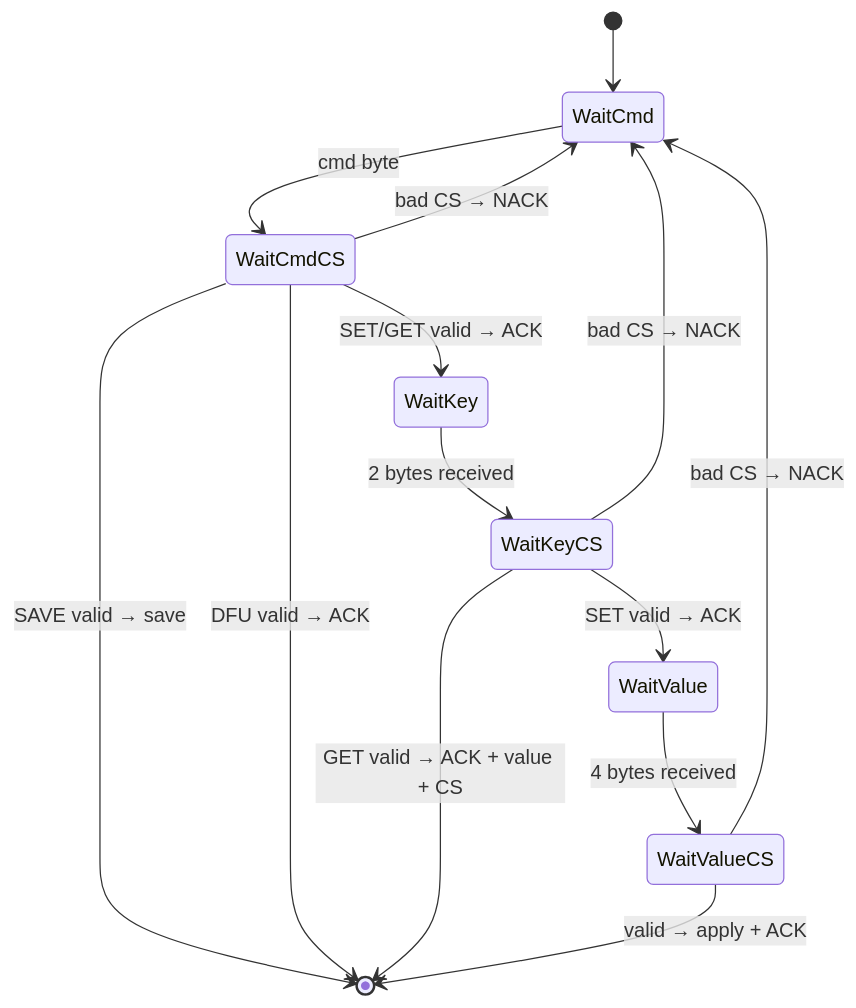
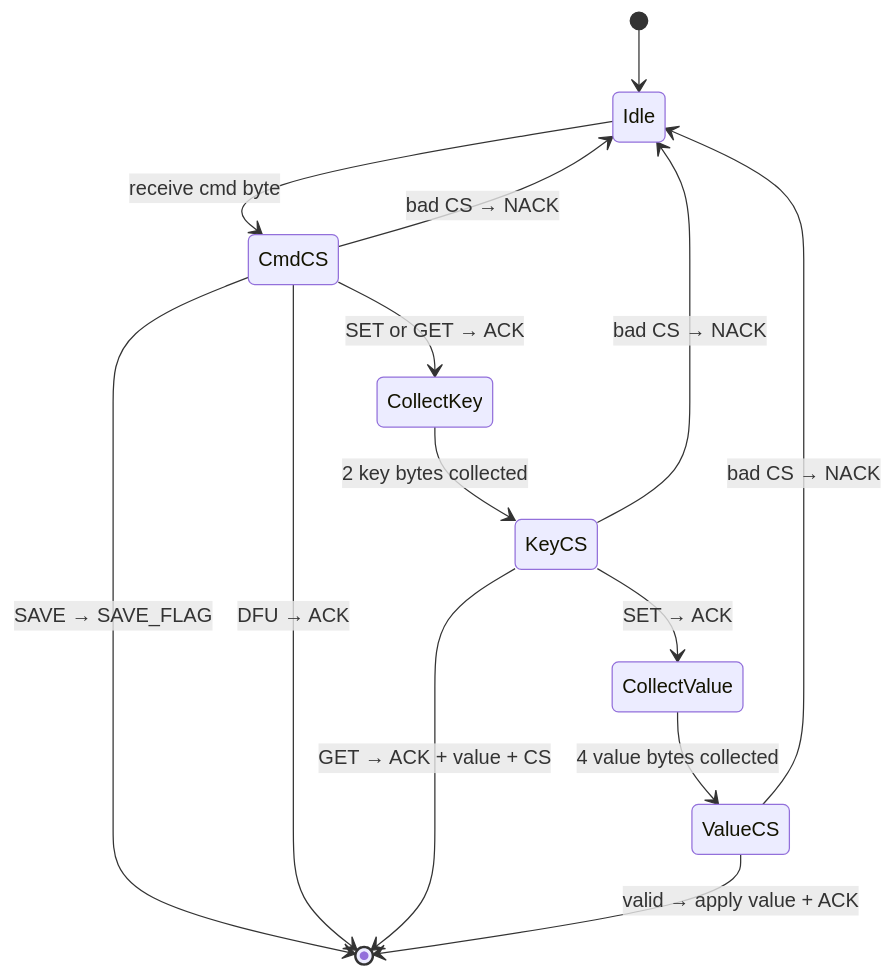
One commit to FADAMIS/Fade changed the diagram in docs/FSP.md. Above: the diagram before and after it, drawn with Mermaid. The commit also changed other lines of this file, not shown here.

````diff
--- a/docs/FSP.md
+++ b/docs/FSP.md
@@ -78,19 +141,22 @@
 ```mermaid
 stateDiagram-v2
-    [*] --> WaitCmd
+    [*] --> Idle
 
-    WaitCmd --> WaitCmdCS: cmd byte
-    WaitCmdCS --> WaitCmd: bad CS → NACK
-    WaitCmdCS --> WaitKey: SET/GET valid → ACK
-    WaitCmdCS --> [*]: SAVE valid → save
-    WaitCmdCS --> [*]: DFU valid → ACK
+    Idle --> CmdCS: receive cmd byte
 
-    WaitKey --> WaitKeyCS: 2 bytes received
-    WaitKeyCS --> WaitCmd: bad CS → NACK
-    WaitKeyCS --> WaitValue: SET valid → ACK
-    WaitKeyCS --> [*]: GET valid → ACK + value + CS
+    CmdCS --> Idle: bad CS → NACK
+    CmdCS --> CollectKey: SET or GET → ACK
+    CmdCS --> [*]: SAVE → SAVE_FLAG
+    CmdCS --> [*]: DFU → ACK
 
-    WaitValue --> WaitValueCS: 4 bytes received
-    WaitValueCS --> [*]: valid → apply + ACK
-    WaitValueCS --> WaitCmd: bad CS → NACK
+    CollectKey --> KeyCS: 2 key bytes collected
+
+    KeyCS --> Idle: bad CS → NACK
+    KeyCS --> CollectValue: SET → ACK
+    KeyCS --> [*]: GET → ACK + value + CS
+
+    CollectValue --> ValueCS: 4 value bytes collected
+
+    ValueCS --> [*]: valid → apply value + ACK
+    ValueCS --> Idle: bad CS → NACK
 ```
````
